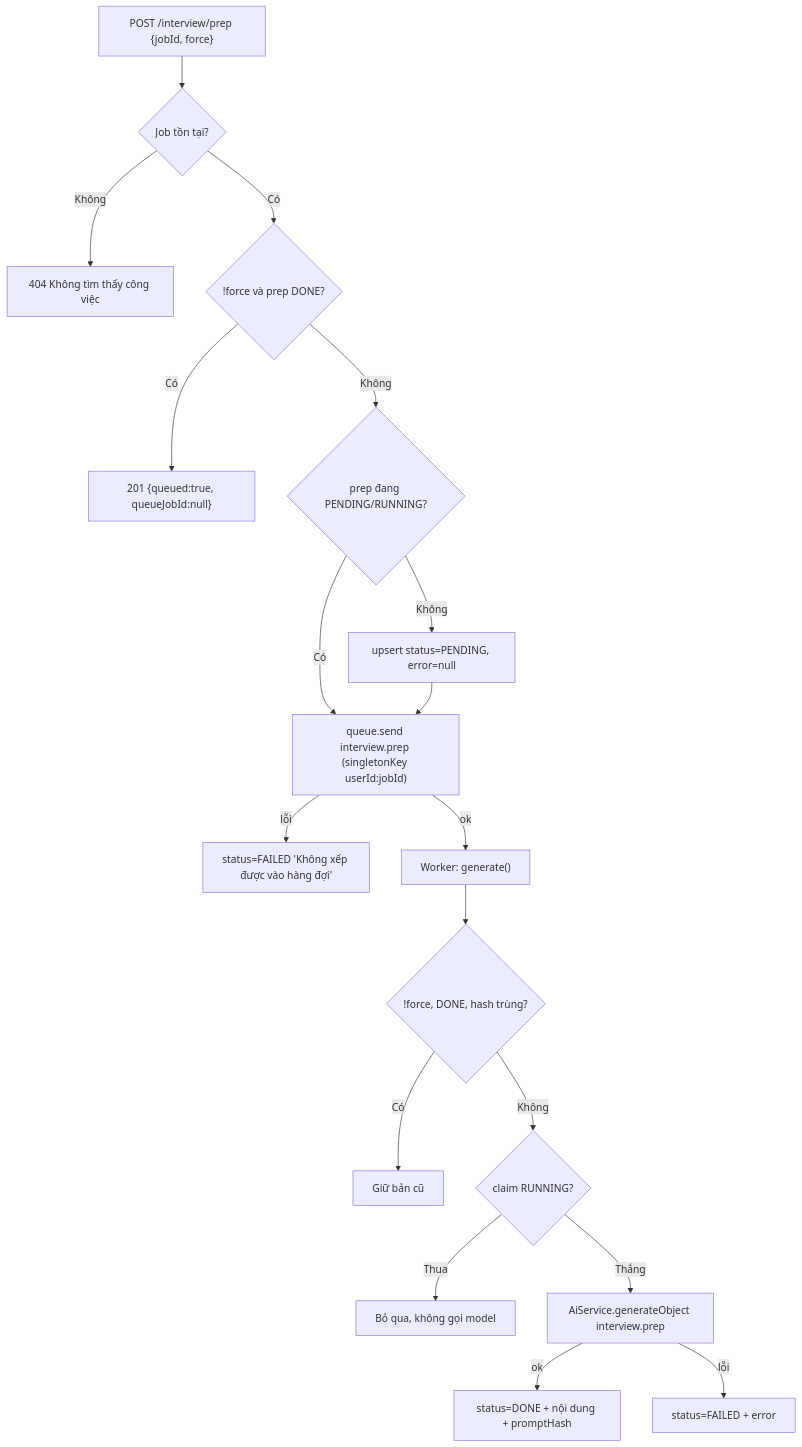
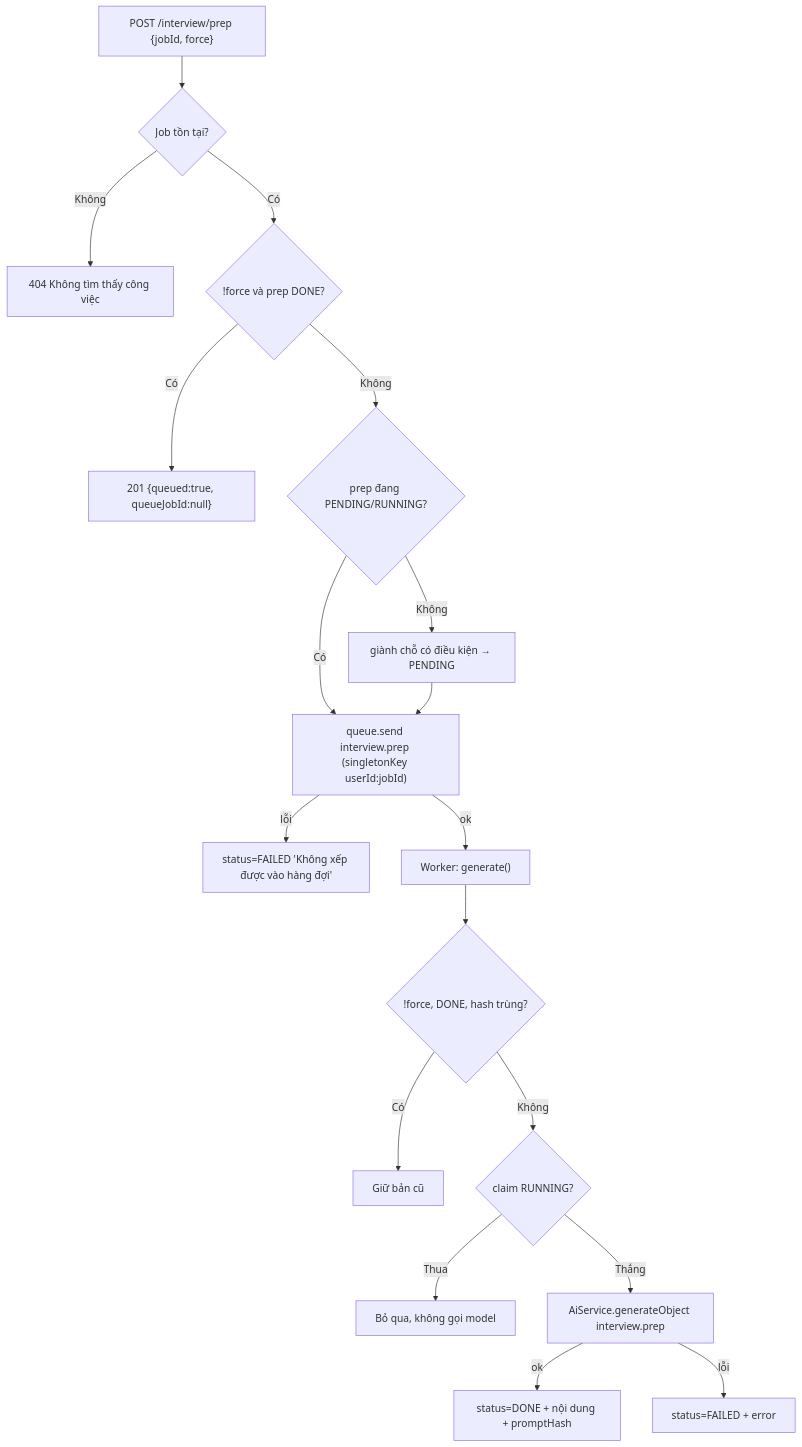
The first of 4 diagrams in docs/business-flows/modules/interview-prep.md (BuiThienHoang221204/ai-job-search), drawn with Mermaid before and after one commit. The commit also changed other lines of this file and 10 other files, not shown here.

Commit message:
docs: N+1 rule in CLAUDE.md and business flows for the audit fixes

````diff
--- a/docs/business-flows/modules/interview-prep.md
+++ b/docs/business-flows/modules/interview-prep.md
@@ -159,20 +159,20 @@
 ```mermaid
 flowchart TD
   A["POST /interview/prep {jobId, force}"] --> B{"Job tồn tại?"}
   B -- Không --> E404["404 Không tìm thấy công việc"]
   B -- Có --> C{"!force và prep DONE?"}
   C -- Có --> R0["201 {queued:true, queueJobId:null}"]
   C -- Không --> D{"prep đang PENDING/RUNNING?"}
-  D -- Không --> U["upsert status=PENDING, error=null"]
+  D -- Không --> U["giành chỗ có điều kiện → PENDING"]
   D -- Có --> Q
   U --> Q["queue.send interview.prep (singletonKey userId:jobId)"]
   Q -- lỗi --> F1["status=FAILED 'Không xếp được vào hàng đợi'"]
   Q -- ok --> W["Worker: generate()"]
   W --> H{"!force, DONE, hash trùng?"}
   H -- Có --> END1["Giữ bản cũ"]
   H -- Không --> CL{"claim RUNNING?"}
   CL -- Thua --> END2["Bỏ qua, không gọi model"]
   CL -- Thắng --> AI["AiService.generateObject interview.prep"]
   AI -- ok --> DONE["status=DONE + nội dung + promptHash"]
   AI -- lỗi --> FAIL["status=FAILED + error"]
 ```
````
